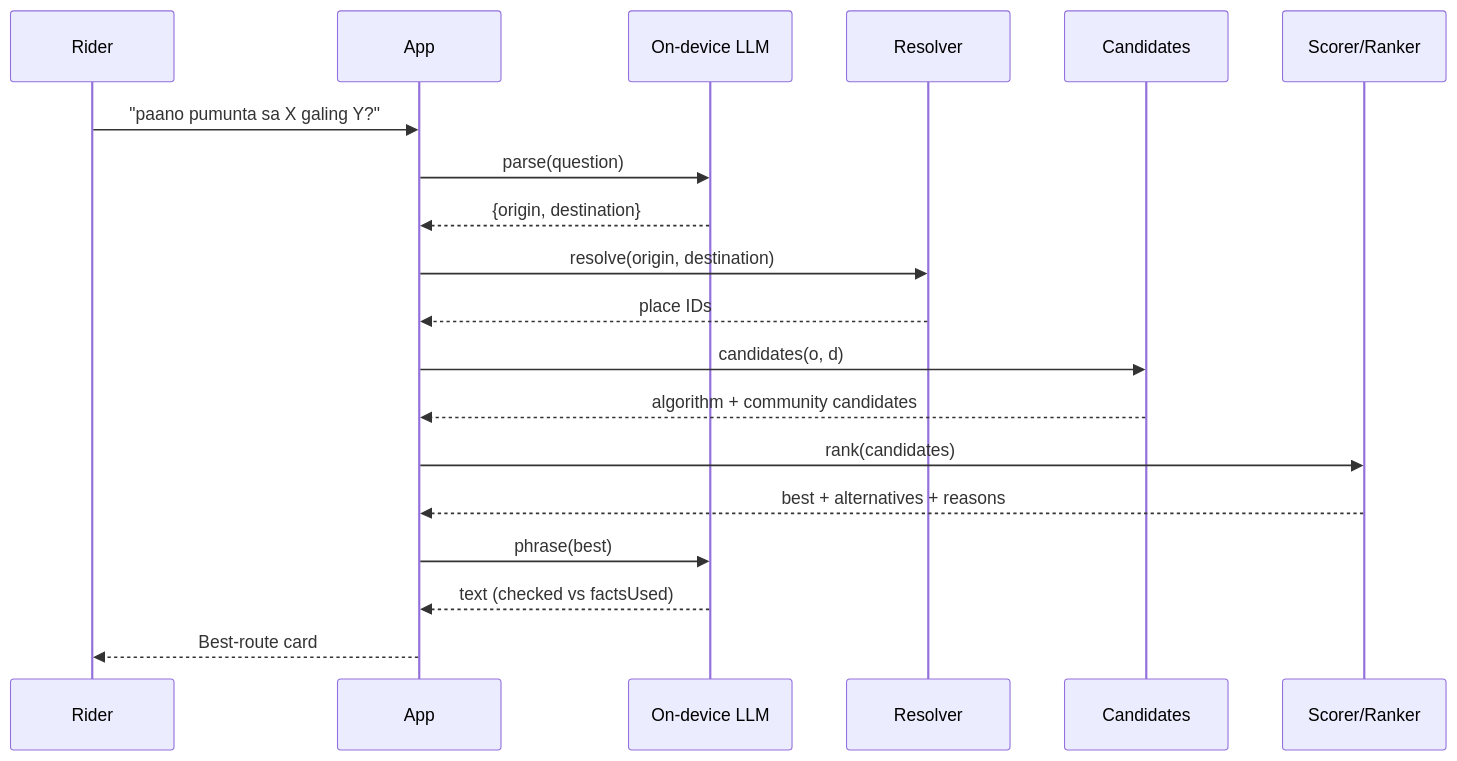
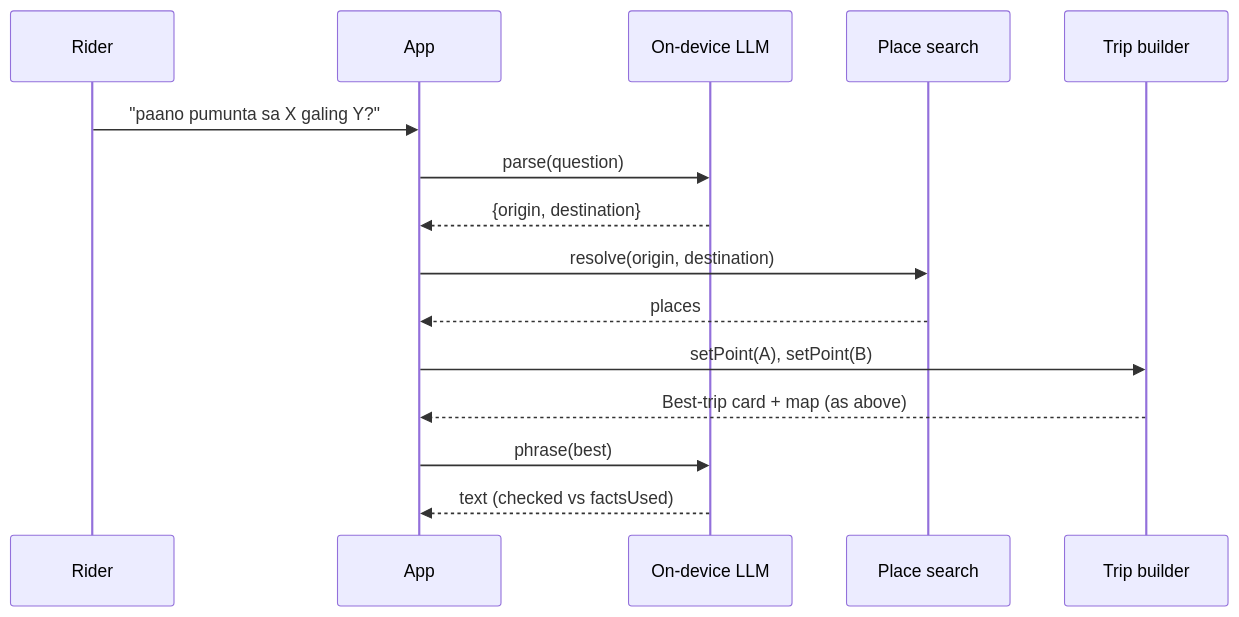
Before and after one commit to geadlydrim/appbuildersph-hackathon: the fourth of 4 diagrams in docs/fmd/sdd-commutenity.md, drawn with Mermaid. The commit also changed other lines of this file and 20 other files, not shown here.

````diff
--- a/docs/fmd/sdd-commutenity.md
+++ b/docs/fmd/sdd-commutenity.md
@@ -110,21 +217,17 @@
 ```mermaid
 sequenceDiagram
     participant R as Rider
     participant UI as App
     participant LLM as On-device LLM
-    participant PR as Resolver
-    participant CG as Candidates
-    participant SC as Scorer/Ranker
+    participant PS as Place search
+    participant TB as Trip builder
     R->>UI: "paano pumunta sa X galing Y?"
     UI->>LLM: parse(question)
     LLM-->>UI: {origin, destination}
-    UI->>PR: resolve(origin, destination)
-    PR-->>UI: place IDs
-    UI->>CG: candidates(o, d)
-    CG-->>UI: algorithm + community candidates
-    UI->>SC: rank(candidates)
-    SC-->>UI: best + alternatives + reasons
+    UI->>PS: resolve(origin, destination)
+    PS-->>UI: places
+    UI->>TB: setPoint(A), setPoint(B)
+    TB-->>UI: Best-trip card + map (as above)
     UI->>LLM: phrase(best)
     LLM-->>UI: text (checked vs factsUsed)
-    UI-->>R: Best-route card
 ```
````
